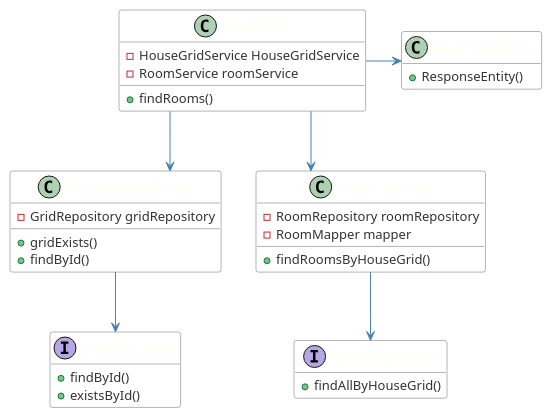
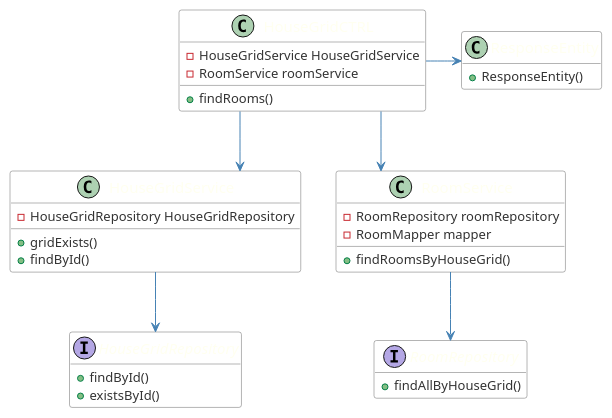
Before and after one commit to emanuel-pereira/hou: the diagram in src/main/java/smarthome/controller/rest/classDiagrams/cd_ListRoomsInHG.puml, drawn with PlantUML.

Commit message:
Addresses #240, updated class diagram;

```diff
--- a/src/main/java/smarthome/controller/rest/classDiagrams/cd_ListRoomsInHG.puml
+++ b/src/main/java/smarthome/controller/rest/classDiagrams/cd_ListRoomsInHG.puml
@@ -1,89 +1,89 @@
 @startuml
 
 
 skinparam linetype ortho
 hide empty members
 
 skinparam class {
 	ArrowColor SteelBlue
 	BorderColor Dimgray
 	HeaderBackgroundColor SteelBlue
 	BackgroundColor White
 	FontName Calibri bold
 	AttributeFontColor #333
 	AttributeFontName Calibri
 	AttributeFontSize 13
 	FontColor Ivory
 	FontSize 15
 }
 
 
 hide empty members
 
 
 
-class GridCTRL{
+class HouseGridCTRL{
 
 -HouseGridService HouseGridService
 -RoomService roomService
 
 
 +findRooms()
 
 }
 
 class HouseGridService{
 
-- GridRepository gridRepository
+- HouseGridRepository HouseGridRepository
 
 +gridExists()
 +findById()
 
 }
 
-Interface GridRepository {
+Interface HouseGridRepository {
 
 +findById()
 +existsById()
 
 }
 
 class RoomService{
 
 -RoomRepository roomRepository
 -RoomMapper mapper
 
 +findRoomsByHouseGrid()
 
 
 }
 
 Interface RoomRepository{
 
 +findAllByHouseGrid()
 
 }
 
 class ResponseEntity{
 
 +ResponseEntity()
 }
 
 
 
 
 
 
-GridCTRL --> HouseGridService
+HouseGridCTRL --> HouseGridService
 
-GridCTRL --> RoomService
+HouseGridCTRL --> RoomService
 
-HouseGridService --> GridRepository
+HouseGridService --> HouseGridRepository
 
 RoomService --> RoomRepository
 
-GridCTRL -> ResponseEntity
+HouseGridCTRL -> ResponseEntity
 
 
 
 @enduml
```
